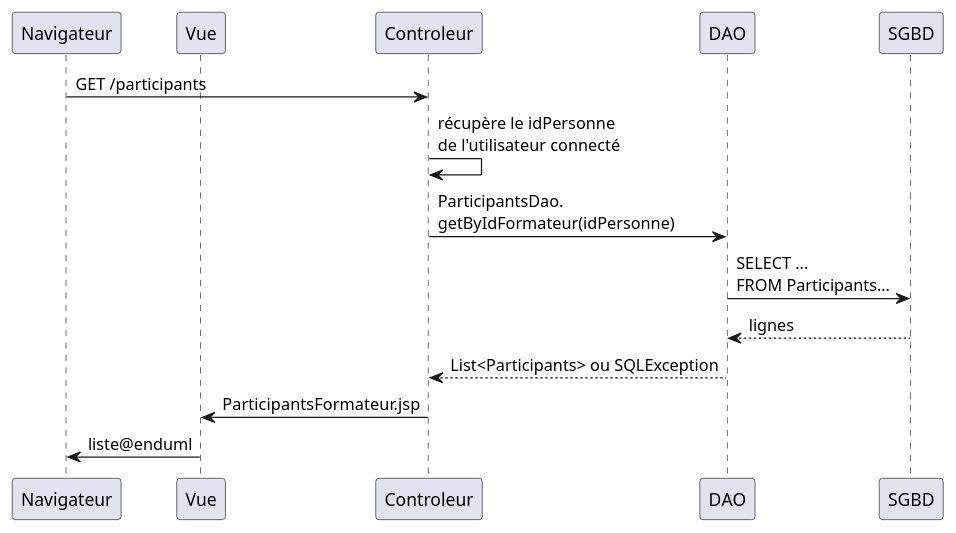
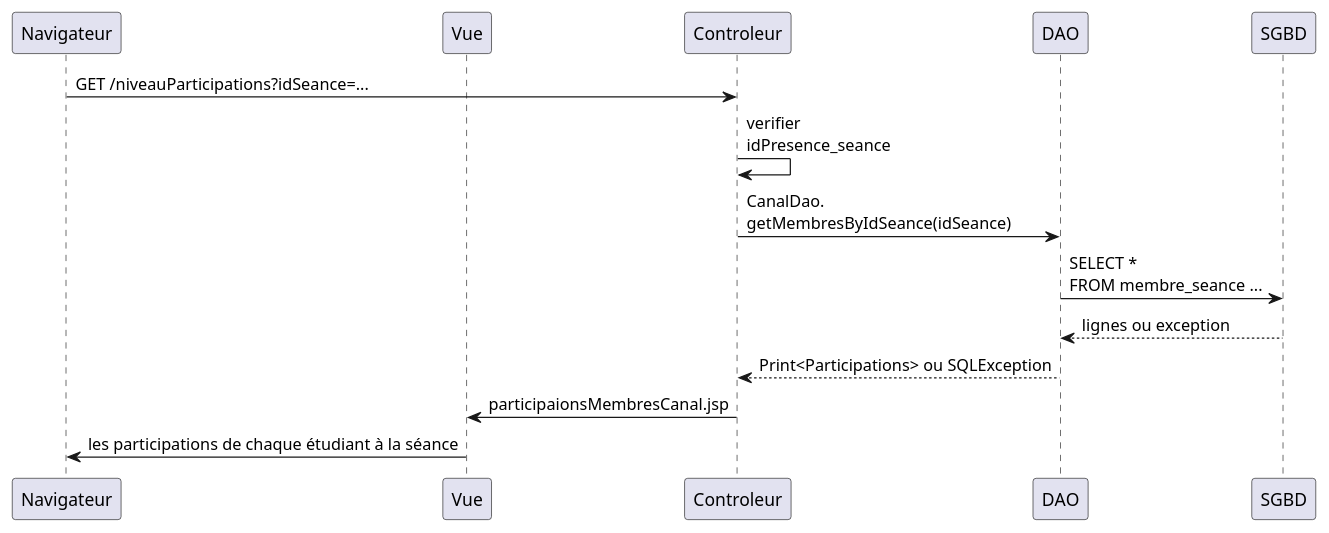
The diagram in src/main/uml/Participation.puml (michel-plasse/SIOMassy2022), drawn with PlantUML before and after one commit.

Commit message:
ajoute questionnaires.puml

```diff
--- a/src/main/uml/Participation.puml
+++ b/src/main/uml/Participation.puml
@@ -1,13 +1,14 @@
 @startuml
 
 participant Navigateur
 participant Vue
-Navigateur -> Controleur: GET /participants
-Controleur -> Controleur: récupère le idPersonne\nde l'utilisateur connecté
-Controleur -> DAO: ParticipantsDao.\ngetByIdFormateur(idPersonne)
-DAO -> SGBD: SELECT ...\nFROM Participants...
-SGBD --> DAO: lignes
-DAO --> Controleur: List<Participants> ou SQLException
-Controleur -> Vue: ParticipantsFormateur.jsp
-Vue -> Navigateur: liste@enduml
+
+Navigateur -> Controleur: GET /niveauParticipations?idSeance=...
+Controleur -> Controleur: verifier\nidPresence_seance
+Controleur -> DAO: CanalDao.\ngetMembresByIdSeance(idSeance)
+DAO -> SGBD: SELECT *\nFROM membre_seance ...
+SGBD --> DAO: lignes ou exception
+DAO --> Controleur: Print<Participations> ou SQLException
+Controleur -> Vue: participaionsMembresCanal.jsp
+Vue -> Navigateur: les participations de chaque étudiant à la séance 
 @enduml
```
